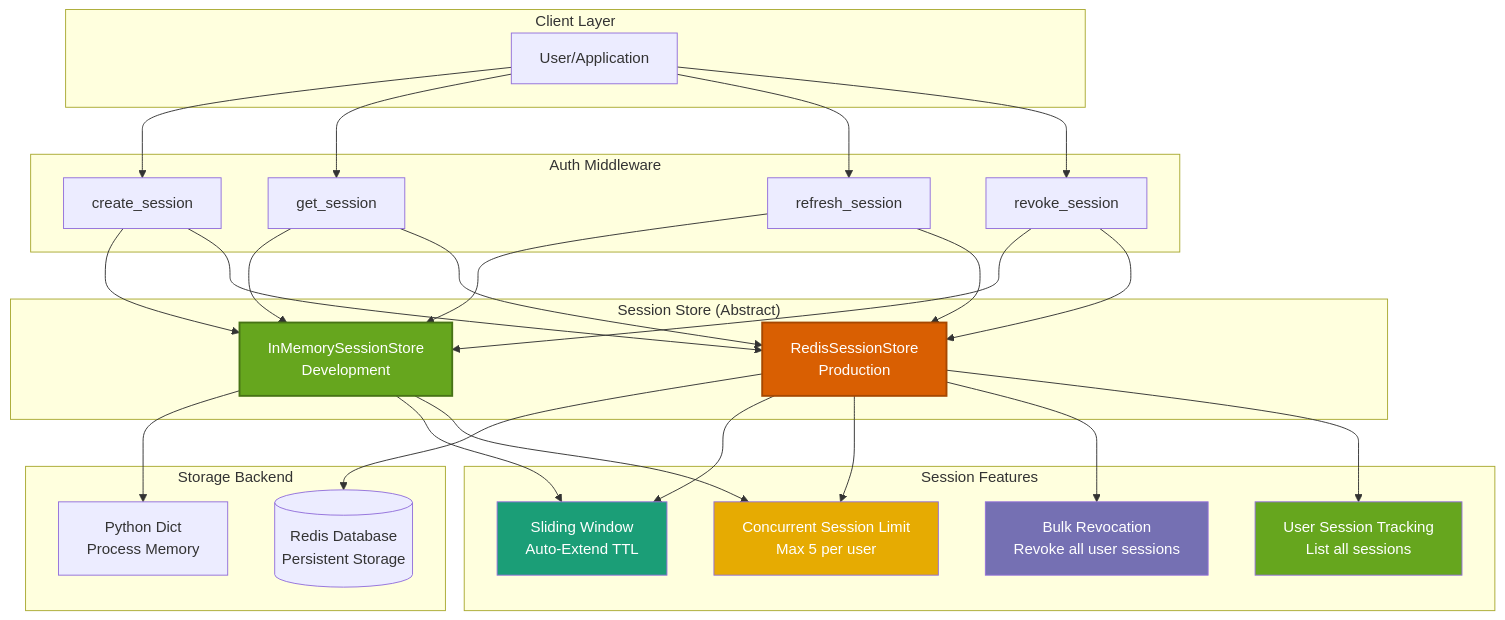
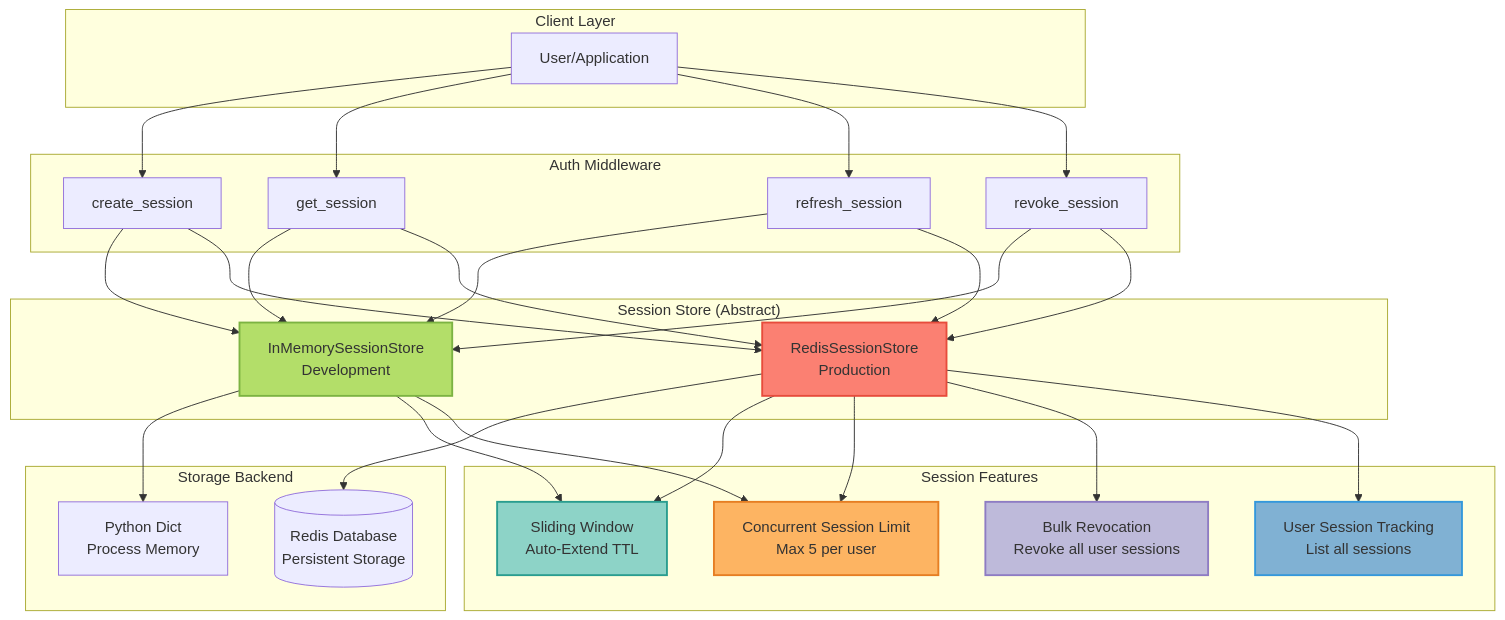
Before and after one commit to vishnu2kmohan/mcp-server-langgraph: the eighth of 10 diagrams in docs/diagrams/system-architecture.mdx, drawn with Mermaid. The commit also changed other lines of this file and 11 other files, not shown here.

First line of the commit message:
style: migrate all diagrams from Dark2 to Set3 ColorBrewer2 palette

````diff
--- a/docs/diagrams/system-architecture.mdx
+++ b/docs/diagrams/system-architecture.mdx
@@ -442,61 +442,61 @@
 ```mermaid
 graph TD
     subgraph Client_Layer["Client Layer"]
         User[User/Application]
     end
 
     subgraph Auth_Middleware["Auth Middleware"]
         CreateSession[create_session]
         GetSession[get_session]
         RefreshSession[refresh_session]
         RevokeSession[revoke_session]
     end
 
     subgraph Session_Store["Session Store (Abstract)"]
         InMemory[InMemorySessionStore<br/>Development]
         Redis[RedisSessionStore<br/>Production]
     end
 
     subgraph Storage_Backend["Storage Backend"]
         MemDict[Python Dict<br/>Process Memory]
         RedisDB[(Redis Database<br/>Persistent Storage)]
     end
 
     subgraph Features["Session Features"]
         Sliding[Sliding Window<br/>Auto-Extend TTL]
         ConcurrentLimit[Concurrent Session Limit<br/>Max 5 per user]
         BulkRevoke[Bulk Revocation<br/>Revoke all user sessions]
         Tracking[User Session Tracking<br/>List all sessions]
     end
 
     User --> CreateSession
     User --> GetSession
     User --> RefreshSession
     User --> RevokeSession
 
     CreateSession --> InMemory
     CreateSession --> Redis
     GetSession --> InMemory
     GetSession --> Redis
     RefreshSession --> InMemory
     RefreshSession --> Redis
     RevokeSession --> InMemory
     RevokeSession --> Redis
 
     InMemory --> MemDict
     Redis --> RedisDB
 
     InMemory --> Sliding
     InMemory --> ConcurrentLimit
     Redis --> Sliding
     Redis --> ConcurrentLimit
     Redis --> BulkRevoke
     Redis --> Tracking
 
-    style InMemory fill:#66a61e,stroke:#477315,stroke-width:2px,color:#fff
-    style Redis fill:#d95f02,stroke:#a64801,stroke-width:2px,color:#fff
-    style Sliding fill:#1b9e77,color:#fff
-    style ConcurrentLimit fill:#e6ab02,color:#fff
-    style BulkRevoke fill:#7570b3,color:#fff
-    style Tracking fill:#66a61e,color:#fff
+    style InMemory fill:#b3de69,stroke:#7cb342,stroke-width:2px,color:#333
+    style Redis fill:#fb8072,stroke:#e74c3c,stroke-width:2px,color:#333
+    style Sliding fill:#8dd3c7,stroke:#2a9d8f,stroke-width:2px,color:#333
+    style ConcurrentLimit fill:#fdb462,stroke:#e67e22,stroke-width:2px,color:#333
+    style BulkRevoke fill:#bebada,stroke:#8e7cc3,stroke-width:2px,color:#333
+    style Tracking fill:#80b1d3,stroke:#3498db,stroke-width:2px,color:#333
 ```
````
